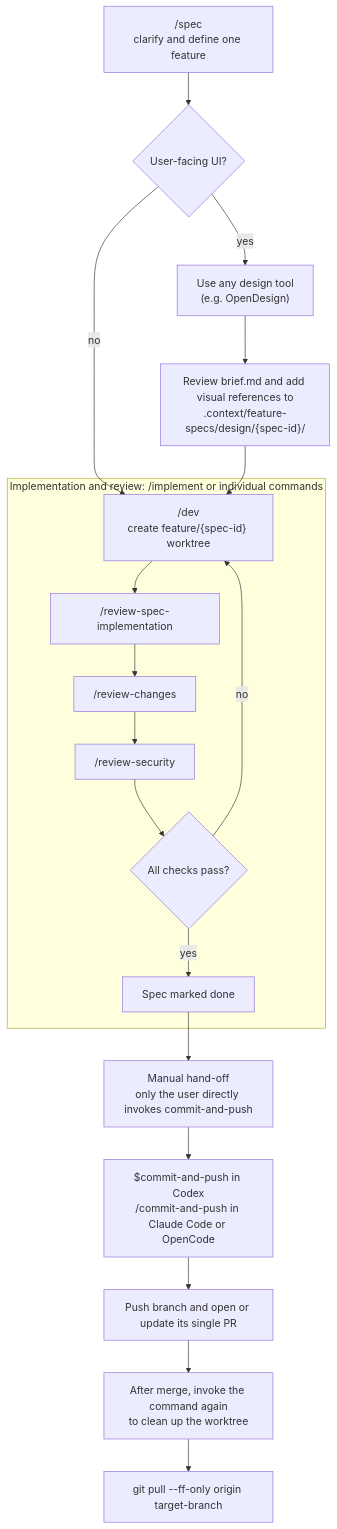
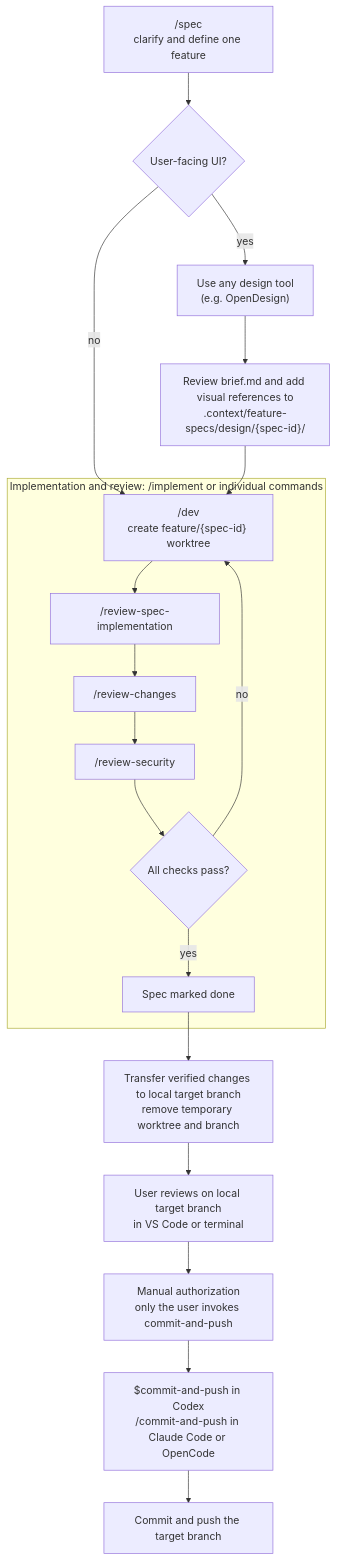
One commit to the-blue-coder/agentic-starter changed the third of 3 diagrams in README.md. Above: the diagram before and after it, drawn with Mermaid. The commit also changed other lines of this file and 20 other files, not shown here.

Commit message:
switch per-spec workflow to local target-branch review

````diff
--- a/README.md
+++ b/README.md
@@ -89,23 +90,23 @@
 ```mermaid
 flowchart TD
   spec["/spec<br/>clarify and define one feature"] --> ui{"User-facing UI?"}
   ui -- yes --> designTool["Use any design tool<br/>(e.g. OpenDesign)"]
   designTool --> export["Review brief.md and add visual references to<br/>.context/feature-specs/design/{spec-id}/"]
   ui -- no --> dev["/dev<br/>create feature/{spec-id} worktree"]
   export --> dev
 
   subgraph reviewLoop["Implementation and review: /implement or individual commands"]
     dev --> verify["/review-spec-implementation"]
     verify --> conventions["/review-changes"]
     conventions --> security["/review-security"]
     security --> clean{"All checks pass?"}
     clean -- no --> dev
     clean -- yes --> done["Spec marked done"]
   end
 
-  done --> gate["Manual hand-off<br/>only the user directly invokes commit-and-push"]
+  done --> handoff["Transfer verified changes to local target branch<br/>remove temporary worktree and branch"]
+  handoff --> localReview["User reviews on local target branch<br/>in VS Code or terminal"]
+  localReview --> gate["Manual authorization<br/>only the user invokes commit-and-push"]
   gate --> ship["$commit-and-push in Codex<br/>/commit-and-push in Claude Code or OpenCode"]
-  ship --> pr["Push branch and open or update its single PR"]
-  pr --> merged["After merge, invoke the command again<br/>to clean up the worktree"]
-  merged --> pull["git pull --ff-only origin target-branch"]
+  ship --> pushed["Commit and push the target branch"]
 ```
````
